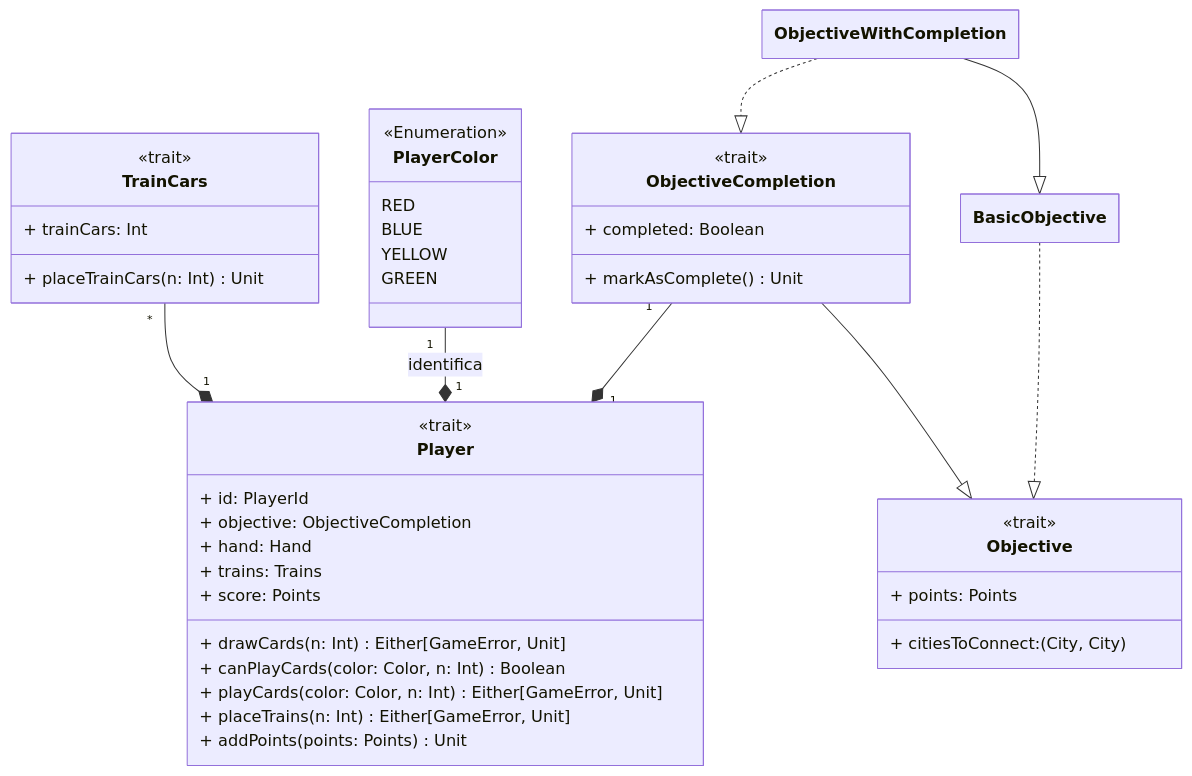
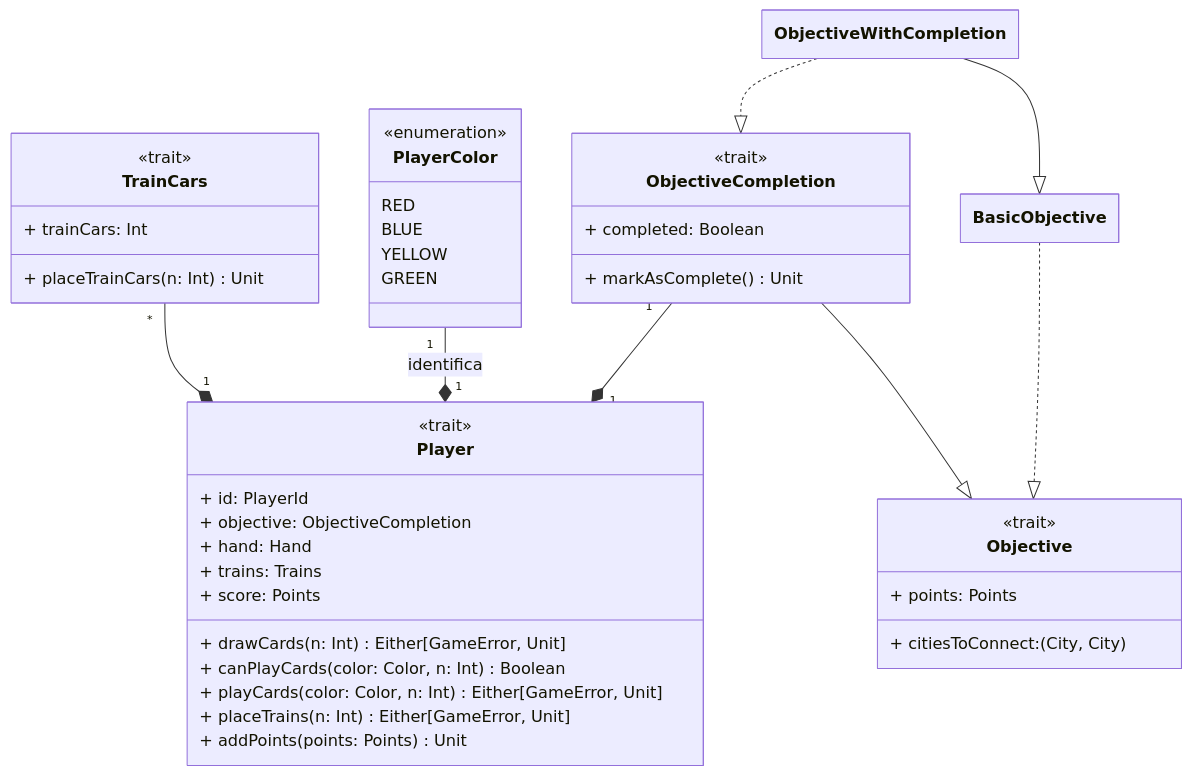
Before and after one commit to FilippoPracucci/PPS-24-ttr-scala: the diagram in docs/report/impl/pracucci/impl_player.md, drawn with Mermaid. The commit also changed other lines of this file and 7 other files, not shown here.

````diff
--- a/docs/report/impl/pracucci/impl_player.md
+++ b/docs/report/impl/pracucci/impl_player.md
@@ -11,50 +11,50 @@
 ```mermaid
 ---
 config:
   class:
     hideEmptyMembersBox: true
 ---
 classDiagram
     TrainCars "*" --* "1"  Player
     PlayerColor "1" --* "1" Player: identifica
     ObjectiveCompletion "1" --* "1" Player
     ObjectiveCompletion --|> Objective
     BasicObjective ..|> Objective
     ObjectiveWithCompletion --|> BasicObjective
     ObjectiveWithCompletion ..|> ObjectiveCompletion
     class Player {
         <<trait>>
         + id: PlayerId
         + objective: ObjectiveCompletion
         + hand: Hand
         + trains: Trains
         + score: Points
         + drawCards(n: Int) Either[GameError, Unit]
         + canPlayCards(color: Color, n: Int) Boolean
         + playCards(color: Color, n: Int) Either[GameError, Unit]
         + placeTrains(n: Int) Either[GameError, Unit]
         + addPoints(points: Points) Unit
     }
     class PlayerColor {
-        <<Enumeration>>
+        <<enumeration>>
         RED
         BLUE
         YELLOW
         GREEN
     }
     class TrainCars {
         <<trait>>
         + trainCars: Int
         + placeTrainCars(n: Int) Unit
     }
     class Objective {
         <<trait>>
         + citiesToConnect: (City, City)
         + points: Points
     }
     class ObjectiveCompletion {
         <<trait>>
         + completed: Boolean
         + markAsComplete() Unit
     }
 ```
````
